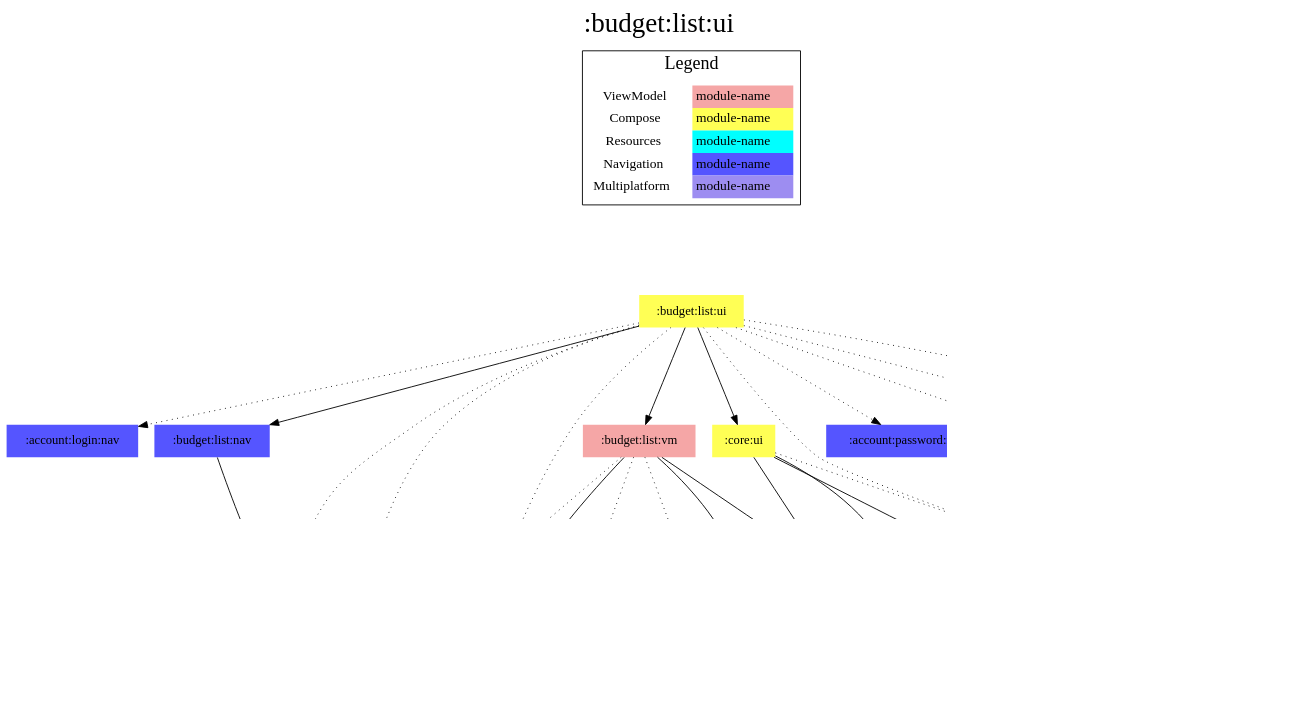
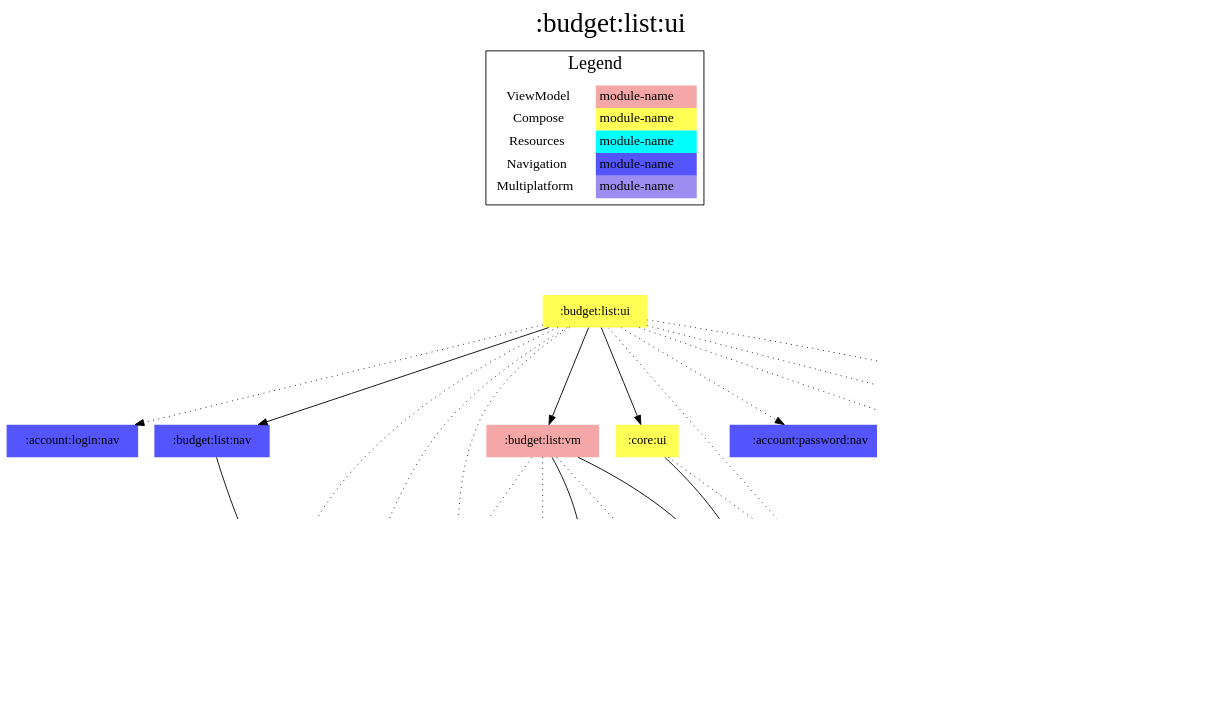
Before and after one commit to jonapoul/aktual: the diagram in modules/budget/list/ui/modules.dot, drawn with Graphviz. The commit also changed 184 other files, not shown here.

```diff
--- a/modules/budget/list/ui/modules.dot
+++ b/modules/budget/list/ui/modules.dot
@@ -1,71 +1,67 @@
 digraph {
 edge ["dir"="forward"]
 graph ["dpi"="100","label"=":budget:list:ui","labelloc"="t","fontsize"="30","ranksep"="1.5","rankdir"="TB"]
 node ["style"="filled"]
 ":account:login:nav" ["fillcolor"="#5555FF","shape"="none"]
 ":account:model" ["fillcolor"="#9D8DF1","shape"="none"]
 ":account:password:nav" ["fillcolor"="#5555FF","shape"="none"]
 ":api:actual" ["fillcolor"="#9D8DF1","shape"="none"]
 ":budget:list:nav" ["fillcolor"="#5555FF","shape"="none"]
 ":budget:list:res" ["fillcolor"="#00FFFF","shape"="none"]
 ":budget:list:ui" ["fillcolor"="#FFFF55","shape"="none"]
 ":budget:list:vm" ["fillcolor"="#F5A6A6","shape"="none"]
 ":budget:model" ["fillcolor"="#9D8DF1","shape"="none"]
 ":budget:sync:nav" ["fillcolor"="#5555FF","shape"="none"]
 ":codegen:annotation" ["fillcolor"="#9D8DF1","shape"="none"]
-":core:colorscheme" ["fillcolor"="#9D8DF1","shape"="none"]
+":core:model" ["fillcolor"="#9D8DF1","shape"="none"]
 ":core:res" ["fillcolor"="#00FFFF","shape"="none"]
 ":core:ui" ["fillcolor"="#FFFF55","shape"="none"]
-":core:versions" ["fillcolor"="#9D8DF1","shape"="none"]
+":prefs" ["fillcolor"="#9D8DF1","shape"="none"]
 ":settings:nav" ["fillcolor"="#5555FF","shape"="none"]
-":url:model" ["fillcolor"="#9D8DF1","shape"="none"]
 ":url:nav" ["fillcolor"="#5555FF","shape"="none"]
-":url:prefs" ["fillcolor"="#9D8DF1","shape"="none"]
 {
 edge ["dir"="none"]
 graph ["rank"="same"]
 }
 ":api:actual" -> ":account:model"
 ":api:actual" -> ":budget:model"
 ":api:actual" -> ":codegen:annotation" ["style"="dotted"]
-":api:actual" -> ":url:model"
+":api:actual" -> ":core:model"
 ":budget:list:nav" -> ":account:model"
 ":budget:list:ui" -> ":account:login:nav" ["style"="dotted"]
 ":budget:list:ui" -> ":account:model" ["style"="dotted"]
 ":budget:list:ui" -> ":account:password:nav" ["style"="dotted"]
 ":budget:list:ui" -> ":budget:list:nav"
 ":budget:list:ui" -> ":budget:list:res" ["style"="dotted"]
 ":budget:list:ui" -> ":budget:list:vm"
 ":budget:list:ui" -> ":budget:model" ["style"="dotted"]
 ":budget:list:ui" -> ":budget:sync:nav" ["style"="dotted"]
 ":budget:list:ui" -> ":core:res" ["style"="dotted"]
 ":budget:list:ui" -> ":core:ui"
 ":budget:list:ui" -> ":settings:nav" ["style"="dotted"]
 ":budget:list:ui" -> ":url:nav" ["style"="dotted"]
 ":budget:list:vm" -> ":account:model" ["style"="dotted"]
 ":budget:list:vm" -> ":api:actual" ["style"="dotted"]
 ":budget:list:vm" -> ":budget:model"
-":budget:list:vm" -> ":core:versions"
-":budget:list:vm" -> ":url:model"
-":budget:list:vm" -> ":url:prefs" ["style"="dotted"]
+":budget:list:vm" -> ":core:model"
+":budget:list:vm" -> ":prefs" ["style"="dotted"]
 ":budget:sync:nav" -> ":account:model"
 ":budget:sync:nav" -> ":budget:model"
-":core:ui" -> ":core:colorscheme"
+":core:ui" -> ":core:model"
 ":core:ui" -> ":core:res" ["style"="dotted"]
-":core:ui" -> ":core:versions"
-":core:ui" -> ":url:model"
-":url:prefs" -> ":url:model"
+":prefs" -> ":account:model"
+":prefs" -> ":core:model"
 subgraph "cluster_legend" {
 edge ["dir"="none"]
 graph ["label"="Legend","fontsize"="20"]
 "Legend" ["style"="filled","fillcolor"="#FFFFFF","shape"="none","margin"="0","fontsize"="15","label"=<
 <TABLE BORDER="0" CELLBORDER="0" CELLSPACING="0" CELLPADDING="4">
 <TR><TD>ViewModel</TD><TD BGCOLOR="#F5A6A6">module-name</TD></TR>
 <TR><TD>Compose</TD><TD BGCOLOR="#FFFF55">module-name</TD></TR>
 <TR><TD>Resources</TD><TD BGCOLOR="#00FFFF">module-name</TD></TR>
 <TR><TD>Navigation</TD><TD BGCOLOR="#5555FF">module-name</TD></TR>
 <TR><TD>Multiplatform</TD><TD BGCOLOR="#9D8DF1">module-name</TD></TR>
 </TABLE>
 >]
 } -> ":budget:list:ui" ["style"="invis"]
 }
```
